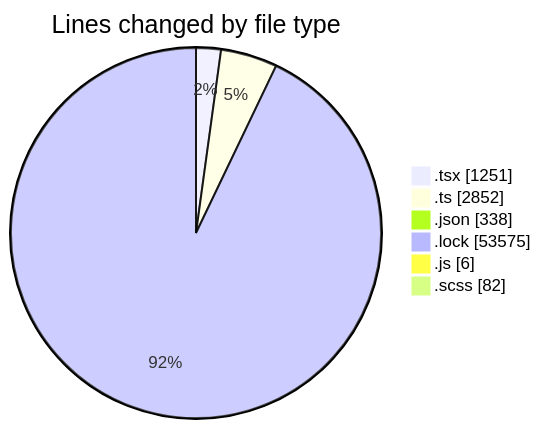
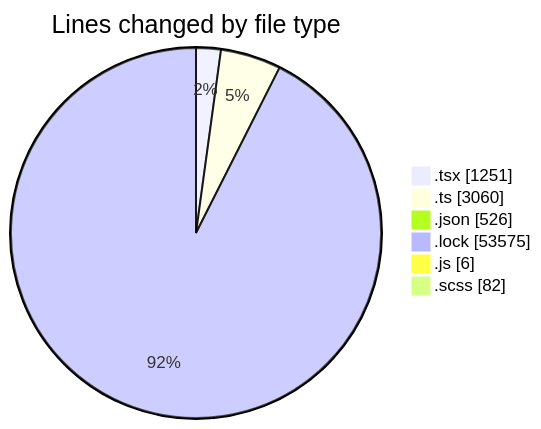
The first of 2 diagrams in 2026-03-27/cda/README.md (momahboobian/code-tracking), drawn with Mermaid before and after one commit. The commit also changed other lines of this file and 1 other file, not shown here.

````diff
--- a/2026-03-27/cda/README.md
+++ b/2026-03-27/cda/README.md
@@ -45,10 +46,10 @@
 ```mermaid
 pie showData
 title Lines changed by file type
 ".tsx" : 1251
-".ts" : 2852
-".json" : 338
+".ts" : 3060
+".json" : 526
 ".lock" : 53575
 ".js" : 6
 ".scss" : 82
 ```
````
